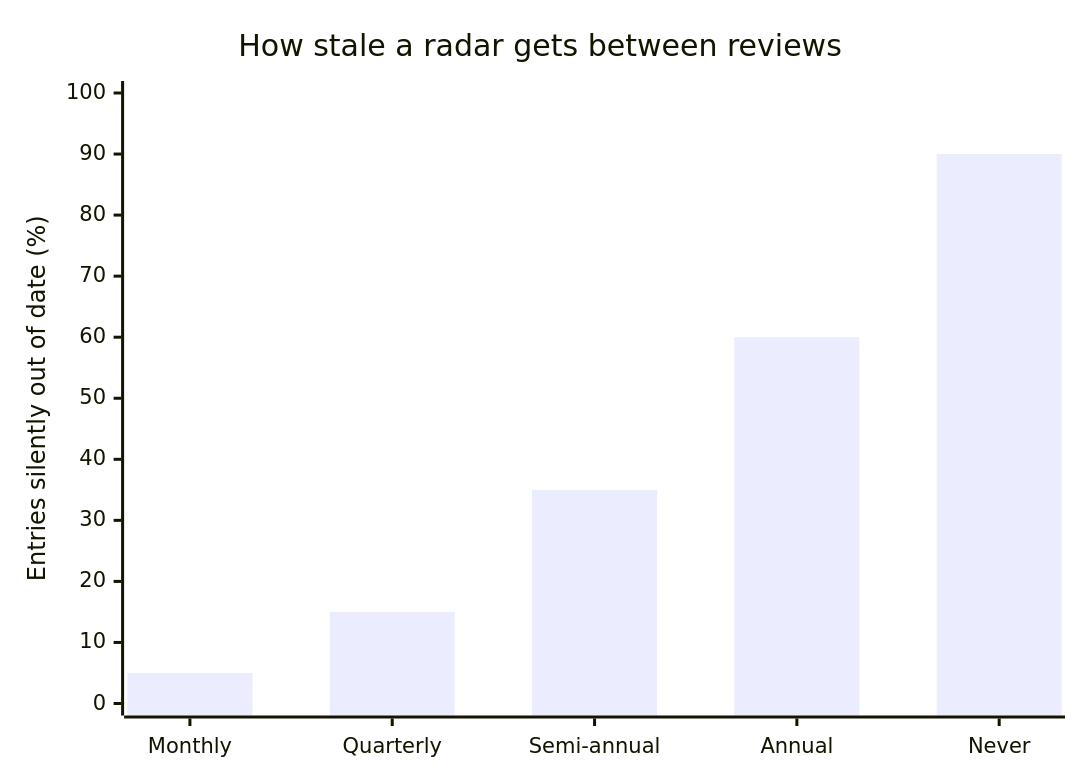
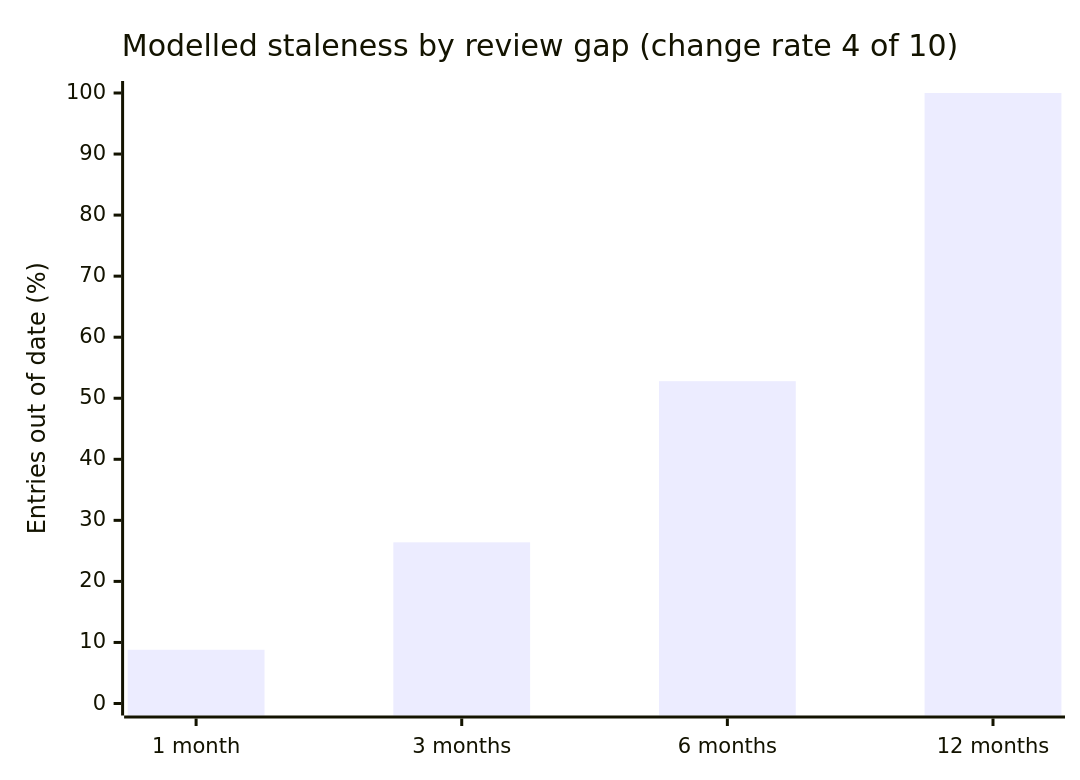
The second of 2 diagrams in src/content/architecture/tech-radar/L2-concept.mdx (francoandreDev/knowledge), drawn with Mermaid before and after one commit. The commit also changed other lines of this file and 18 other files, not shown here.

Commit message:
Migrate architecture batch 3 (tech-radar, platform-engineering, multi-tenant-architecture, reference-architectures) to the three-tier exercise model

````diff
--- a/src/content/architecture/tech-radar/L2-concept.mdx
+++ b/src/content/architecture/tech-radar/L2-concept.mdx
@@ -86,7 +97,7 @@
 ```mermaid
 xychart-beta
-    title "How stale a radar gets between reviews"
-    x-axis ["Monthly", "Quarterly", "Semi-annual", "Annual", "Never"]
-    y-axis "Entries silently out of date (%)" 0 --> 100
-    bar [5, 15, 35, 60, 90]
+    title "Modelled staleness by review gap (change rate 4 of 10)"
+    x-axis ["1 month", "3 months", "6 months", "12 months"]
+    y-axis "Entries out of date (%)" 0 --> 100
+    bar [8.8, 26.4, 52.8, 100]
 ```
````
